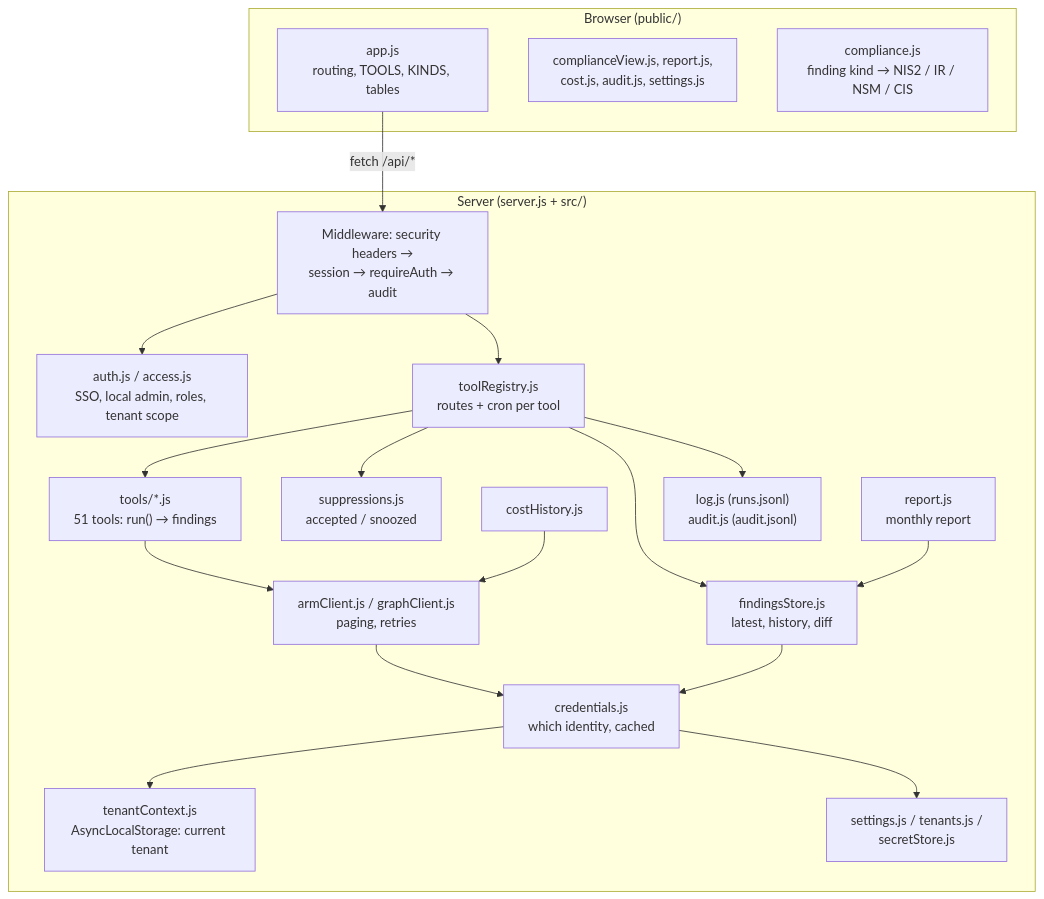
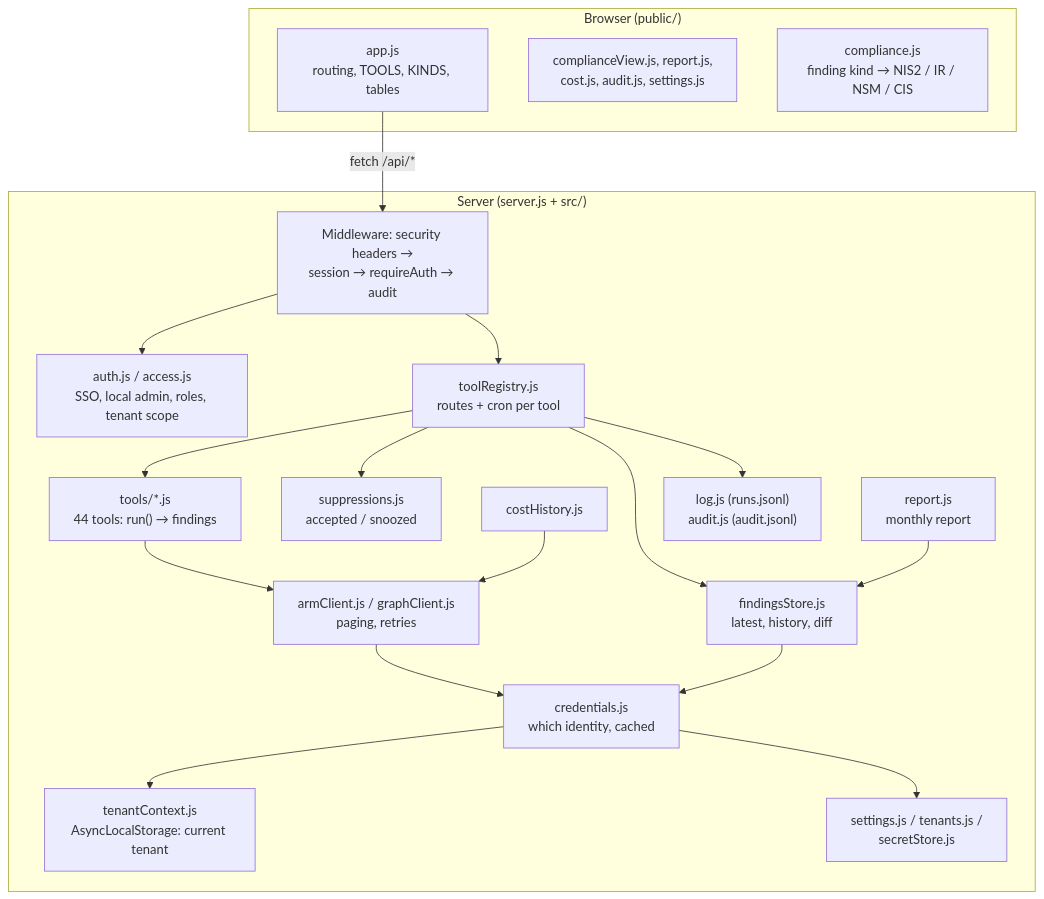
The diagram in docs/diagrams/arch-inside-app.mmd (Gooseankles/cirrus-watch), drawn with Mermaid before and after one commit. The commit also changed 47 other files, not shown here.

```diff
--- a/docs/diagrams/arch-inside-app.mmd
+++ b/docs/diagrams/arch-inside-app.mmd
@@ -1,35 +1,35 @@
 flowchart TB
   subgraph browser["Browser (public/)"]
     appjs["app.js<br/>routing, TOOLS, KINDS, tables"]
     views["complianceView.js, report.js,<br/>cost.js, audit.js, settings.js"]
     comp["compliance.js<br/>finding kind → NIS2 / IR / NSM / CIS"]
   end
   subgraph server["Server (server.js + src/)"]
     mw["Middleware: security headers →<br/>session → requireAuth → audit"]
     auth["auth.js / access.js<br/>SSO, local admin, roles, tenant scope"]
     reg["toolRegistry.js<br/>routes + cron per tool"]
-    tools["tools/*.js<br/>51 tools: run() → findings"]
+    tools["tools/*.js<br/>44 tools: run() → findings"]
     clients["armClient.js / graphClient.js<br/>paging, retries"]
     cred["credentials.js<br/>which identity, cached"]
     ctx["tenantContext.js<br/>AsyncLocalStorage: current tenant"]
     store["findingsStore.js<br/>latest, history, diff"]
     supp["suppressions.js<br/>accepted / snoozed"]
     cost["costHistory.js"]
     rep["report.js<br/>monthly report"]
     cfg["settings.js / tenants.js /<br/>secretStore.js"]
     logs["log.js (runs.jsonl)<br/>audit.js (audit.jsonl)"]
   end
   appjs -- "fetch /api/*" --> mw
   mw --> auth
   mw --> reg
   reg --> tools
   tools --> clients
   clients --> cred
   cred --> ctx
   cred --> cfg
   reg --> store
   reg --> supp
   reg --> logs
   rep --> store
   cost --> clients
   store --> cred
```
